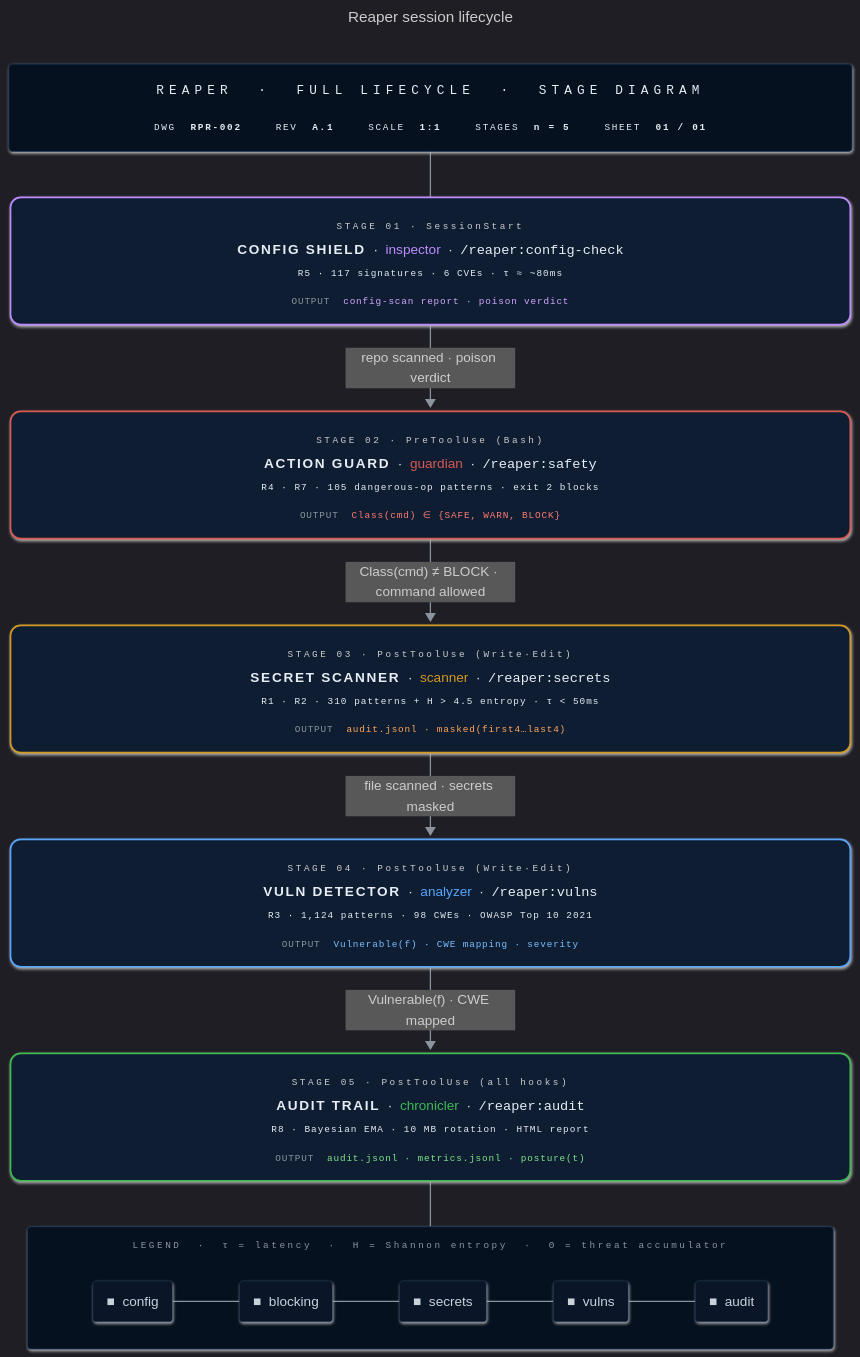
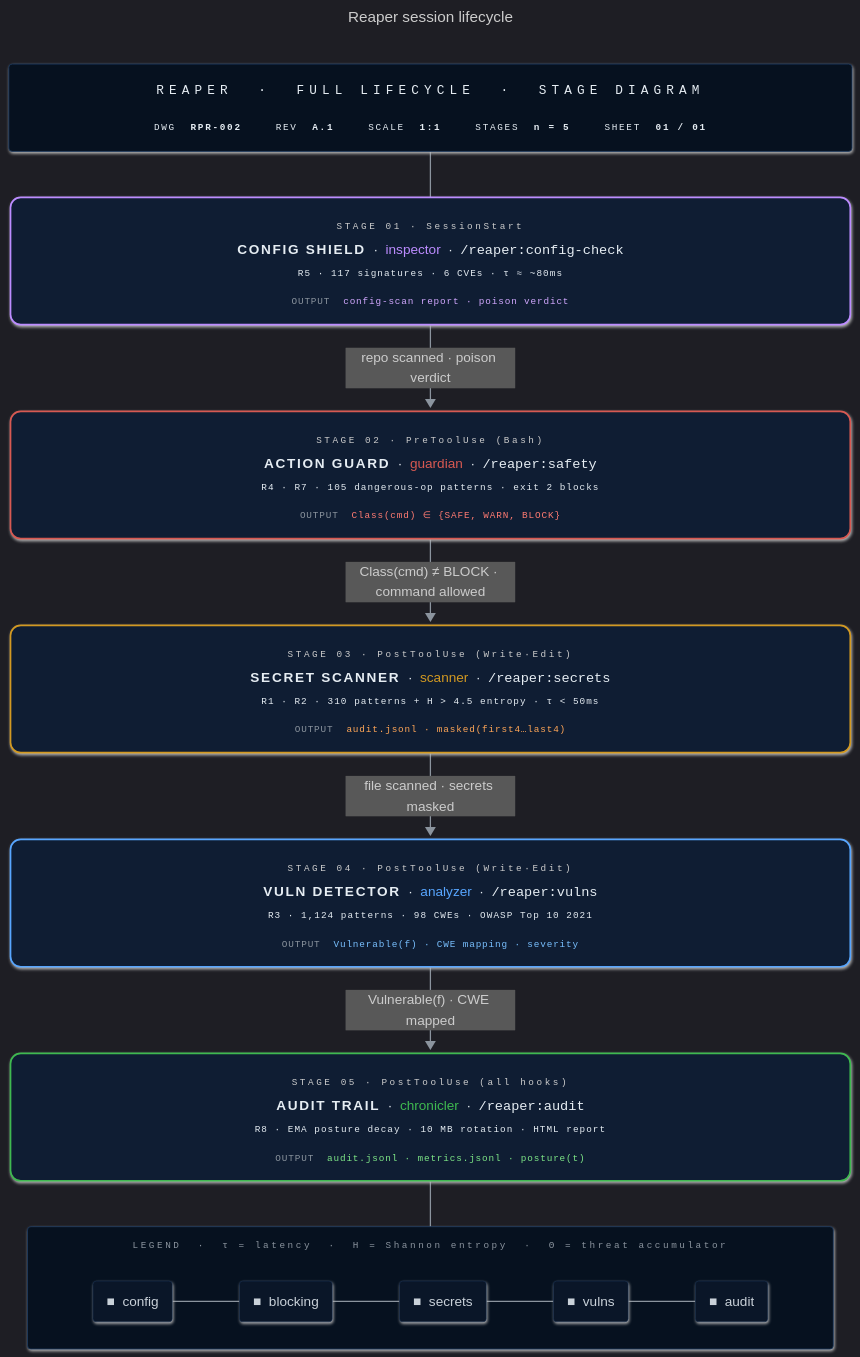
One commit to enchanter-ai/hydra changed the diagram in docs/assets/lifecycle.mmd. Above: the diagram before and after it, drawn with Mermaid. The commit also changed 9 other files, not shown here.

```diff
--- a/docs/assets/lifecycle.mmd
+++ b/docs/assets/lifecycle.mmd
@@ -1,55 +1,55 @@
 ---
 title: Reaper session lifecycle
 config:
   look: neo
   theme: dark
   flowchart:
     curve: basis
     padding: 18
     nodeSpacing: 44
     rankSpacing: 54
     htmlLabels: true
     subGraphTitleMargin:
       top: 14
       bottom: 18
 ---
 flowchart TB
     TitleBlock["<div style='font-family:ui-monospace,SFMono-Regular,Consolas,monospace;text-align:center;min-width:940px;padding:6px 10px;line-height:1.8'><div style='color:#58a6ff;font-size:15px;letter-spacing:6px;border-bottom:1px solid #1e3a5f;padding-bottom:10px;margin-bottom:10px'>REAPER &nbsp;·&nbsp; FULL&nbsp;LIFECYCLE &nbsp;·&nbsp; STAGE&nbsp;DIAGRAM</div><div style='display:flex;gap:40px;justify-content:center;font-size:11px;color:#8b949e;letter-spacing:2px'><span>DWG&nbsp;&nbsp;<b style='color:#e6edf3'>RPR-002</b></span><span>REV&nbsp;&nbsp;<b style='color:#e6edf3'>A.1</b></span><span>SCALE&nbsp;&nbsp;<b style='color:#e6edf3'>1:1</b></span><span>STAGES&nbsp;&nbsp;<b style='color:#e6edf3'>n&nbsp;=&nbsp;5</b></span><span>SHEET&nbsp;&nbsp;<b style='color:#e6edf3'>01&nbsp;/&nbsp;01</b></span></div></div>"]
 
     A["<div style='text-align:center;min-width:940px;line-height:2;padding:4px 8px'><div><span style='font-family:ui-monospace,monospace;color:#8b949e;font-size:11px;letter-spacing:3px'>STAGE&nbsp;01&nbsp;·&nbsp;SessionStart</span></div><div style='line-height:1.8'><b style='letter-spacing:2px'>CONFIG&nbsp;SHIELD</b>&nbsp;&nbsp;·&nbsp;&nbsp;<span style='color:#bc8cff'>inspector</span>&nbsp;&nbsp;·&nbsp;&nbsp;<code style='color:#e6edf3'>/reaper:config-check</code></div><div style='color:#6e7681;font-size:11px;font-family:ui-monospace,monospace;letter-spacing:1.2px'>R5&nbsp;·&nbsp;117&nbsp;signatures&nbsp;·&nbsp;6&nbsp;CVEs&nbsp;·&nbsp;τ&nbsp;≈&nbsp;~80ms</div><div style='border-top:1px solid #1e3a5f;margin-top:6px;padding-top:6px;font-family:ui-monospace,monospace;font-size:11px;letter-spacing:1px'><span style='color:#8b949e'>OUTPUT</span>&nbsp;&nbsp;<span style='color:#d2a8ff'>config-scan report · poison verdict</span></div></div>"]
 
     B["<div style='text-align:center;min-width:940px;line-height:2;padding:4px 8px'><div><span style='font-family:ui-monospace,monospace;color:#8b949e;font-size:11px;letter-spacing:3px'>STAGE&nbsp;02&nbsp;·&nbsp;PreToolUse&nbsp;(Bash)</span></div><div style='line-height:1.8'><b style='letter-spacing:2px'>ACTION&nbsp;GUARD</b>&nbsp;&nbsp;·&nbsp;&nbsp;<span style='color:#d75952'>guardian</span>&nbsp;&nbsp;·&nbsp;&nbsp;<code style='color:#e6edf3'>/reaper:safety</code></div><div style='color:#6e7681;font-size:11px;font-family:ui-monospace,monospace;letter-spacing:1.2px'>R4 · R7&nbsp;·&nbsp;105&nbsp;dangerous-op&nbsp;patterns&nbsp;·&nbsp;exit&nbsp;2&nbsp;blocks</div><div style='border-top:1px solid #1e3a5f;margin-top:6px;padding-top:6px;font-family:ui-monospace,monospace;font-size:11px;letter-spacing:1px'><span style='color:#8b949e'>OUTPUT</span>&nbsp;&nbsp;<span style='color:#ff7b72'>Class(cmd) ∈ {SAFE, WARN, BLOCK}</span></div></div>"]
 
     C["<div style='text-align:center;min-width:940px;line-height:2;padding:4px 8px'><div><span style='font-family:ui-monospace,monospace;color:#8b949e;font-size:11px;letter-spacing:3px'>STAGE&nbsp;03&nbsp;·&nbsp;PostToolUse&nbsp;(Write·Edit)</span></div><div style='line-height:1.8'><b style='letter-spacing:2px'>SECRET&nbsp;SCANNER</b>&nbsp;&nbsp;·&nbsp;&nbsp;<span style='color:#d29922'>scanner</span>&nbsp;&nbsp;·&nbsp;&nbsp;<code style='color:#e6edf3'>/reaper:secrets</code></div><div style='color:#6e7681;font-size:11px;font-family:ui-monospace,monospace;letter-spacing:1.2px'>R1 · R2&nbsp;·&nbsp;310&nbsp;patterns&nbsp;+&nbsp;H&nbsp;&gt;&nbsp;4.5&nbsp;entropy&nbsp;·&nbsp;τ&nbsp;&lt;&nbsp;50ms</div><div style='border-top:1px solid #1e3a5f;margin-top:6px;padding-top:6px;font-family:ui-monospace,monospace;font-size:11px;letter-spacing:1px'><span style='color:#8b949e'>OUTPUT</span>&nbsp;&nbsp;<span style='color:#ffa657'>audit.jsonl · masked(first4…last4)</span></div></div>"]
 
     D["<div style='text-align:center;min-width:940px;line-height:2;padding:4px 8px'><div><span style='font-family:ui-monospace,monospace;color:#8b949e;font-size:11px;letter-spacing:3px'>STAGE&nbsp;04&nbsp;·&nbsp;PostToolUse&nbsp;(Write·Edit)</span></div><div style='line-height:1.8'><b style='letter-spacing:2px'>VULN&nbsp;DETECTOR</b>&nbsp;&nbsp;·&nbsp;&nbsp;<span style='color:#58a6ff'>analyzer</span>&nbsp;&nbsp;·&nbsp;&nbsp;<code style='color:#e6edf3'>/reaper:vulns</code></div><div style='color:#6e7681;font-size:11px;font-family:ui-monospace,monospace;letter-spacing:1.2px'>R3&nbsp;·&nbsp;1,124&nbsp;patterns&nbsp;·&nbsp;98&nbsp;CWEs&nbsp;·&nbsp;OWASP&nbsp;Top&nbsp;10&nbsp;2021</div><div style='border-top:1px solid #1e3a5f;margin-top:6px;padding-top:6px;font-family:ui-monospace,monospace;font-size:11px;letter-spacing:1px'><span style='color:#8b949e'>OUTPUT</span>&nbsp;&nbsp;<span style='color:#79c0ff'>Vulnerable(f) · CWE mapping · severity</span></div></div>"]
 
-    E["<div style='text-align:center;min-width:940px;line-height:2;padding:4px 8px'><div><span style='font-family:ui-monospace,monospace;color:#8b949e;font-size:11px;letter-spacing:3px'>STAGE&nbsp;05&nbsp;·&nbsp;PostToolUse&nbsp;(all&nbsp;hooks)</span></div><div style='line-height:1.8'><b style='letter-spacing:2px'>AUDIT&nbsp;TRAIL</b>&nbsp;&nbsp;·&nbsp;&nbsp;<span style='color:#3fb950'>chronicler</span>&nbsp;&nbsp;·&nbsp;&nbsp;<code style='color:#e6edf3'>/reaper:audit</code></div><div style='color:#6e7681;font-size:11px;font-family:ui-monospace,monospace;letter-spacing:1.2px'>R8&nbsp;·&nbsp;Bayesian&nbsp;EMA&nbsp;·&nbsp;10&nbsp;MB&nbsp;rotation&nbsp;·&nbsp;HTML&nbsp;report</div><div style='border-top:1px solid #1e3a5f;margin-top:6px;padding-top:6px;font-family:ui-monospace,monospace;font-size:11px;letter-spacing:1px'><span style='color:#8b949e'>OUTPUT</span>&nbsp;&nbsp;<span style='color:#7ee787'>audit.jsonl · metrics.jsonl · posture(t)</span></div></div>"]
+    E["<div style='text-align:center;min-width:940px;line-height:2;padding:4px 8px'><div><span style='font-family:ui-monospace,monospace;color:#8b949e;font-size:11px;letter-spacing:3px'>STAGE&nbsp;05&nbsp;·&nbsp;PostToolUse&nbsp;(all&nbsp;hooks)</span></div><div style='line-height:1.8'><b style='letter-spacing:2px'>AUDIT&nbsp;TRAIL</b>&nbsp;&nbsp;·&nbsp;&nbsp;<span style='color:#3fb950'>chronicler</span>&nbsp;&nbsp;·&nbsp;&nbsp;<code style='color:#e6edf3'>/reaper:audit</code></div><div style='color:#6e7681;font-size:11px;font-family:ui-monospace,monospace;letter-spacing:1.2px'>R8&nbsp;·&nbsp;EMA&nbsp;posture&nbsp;decay&nbsp;·&nbsp;10&nbsp;MB&nbsp;rotation&nbsp;·&nbsp;HTML&nbsp;report</div><div style='border-top:1px solid #1e3a5f;margin-top:6px;padding-top:6px;font-family:ui-monospace,monospace;font-size:11px;letter-spacing:1px'><span style='color:#8b949e'>OUTPUT</span>&nbsp;&nbsp;<span style='color:#7ee787'>audit.jsonl · metrics.jsonl · posture(t)</span></div></div>"]
 
     subgraph Legend["<div style='font-family:ui-monospace,monospace;color:#8b949e;font-size:11px;letter-spacing:3px;min-width:940px;text-align:center'>LEGEND&nbsp;&nbsp;·&nbsp;&nbsp;τ&nbsp;=&nbsp;latency&nbsp;&nbsp;·&nbsp;&nbsp;H&nbsp;=&nbsp;Shannon&nbsp;entropy&nbsp;&nbsp;·&nbsp;&nbsp;Θ&nbsp;=&nbsp;threat&nbsp;accumulator</div>"]
         direction LR
         lg1["<span style='color:#bc8cff'>■</span>&nbsp;&nbsp;config"] --- lg2["<span style='color:#d75952'>■</span>&nbsp;&nbsp;blocking"] --- lg3["<span style='color:#d29922'>■</span>&nbsp;&nbsp;secrets"] --- lg4["<span style='color:#58a6ff'>■</span>&nbsp;&nbsp;vulns"] --- lg5["<span style='color:#3fb950'>■</span>&nbsp;&nbsp;audit"]
     end
 
     TitleBlock ~~~ A
     A ==>|"repo scanned · poison verdict"| B
     B ==>|"Class(cmd) ≠ BLOCK · command allowed"| C
     C ==>|"file scanned · secrets masked"| D
     D ==>|"Vulnerable(f) · CWE mapped"| E
     E ~~~ Legend
 
     classDef titleBlock fill:#06111f,stroke:#1e3a5f,stroke-width:1px,color:#e6edf3,rx:4,ry:4
     classDef legend fill:#06111f,stroke:#1e3a5f,stroke-width:1px,color:#8b949e,rx:4,ry:4
     classDef legendItem fill:#0a1628,stroke:#1e3a5f,stroke-width:0.5px,color:#c9d1d9,rx:4,ry:4
 
     class TitleBlock titleBlock
     class Legend legend
     class lg1,lg2,lg3,lg4,lg5 legendItem
 
     style A fill:#0f1d33,stroke:#bc8cff,stroke-width:2px,color:#e6edf3,rx:12,ry:12
     style B fill:#0f1d33,stroke:#d75952,stroke-width:2px,color:#e6edf3,rx:12,ry:12
     style C fill:#0f1d33,stroke:#d29922,stroke-width:2px,color:#e6edf3,rx:12,ry:12
     style D fill:#0f1d33,stroke:#58a6ff,stroke-width:2px,color:#e6edf3,rx:12,ry:12
     style E fill:#0f1d33,stroke:#3fb950,stroke-width:2px,color:#e6edf3,rx:12,ry:12
 
     linkStyle default stroke:#8b949e,stroke-width:1.5px
```
